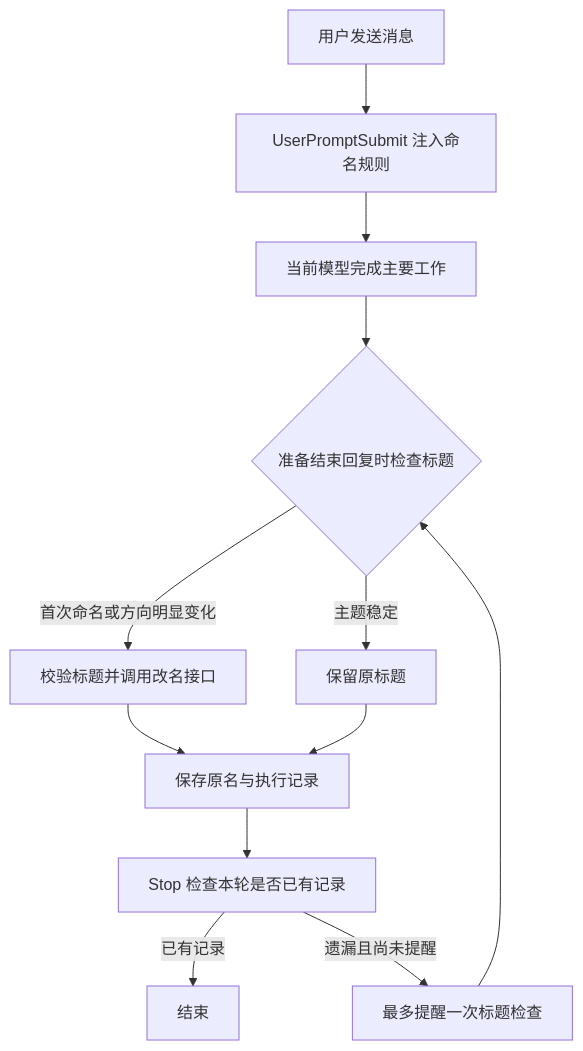
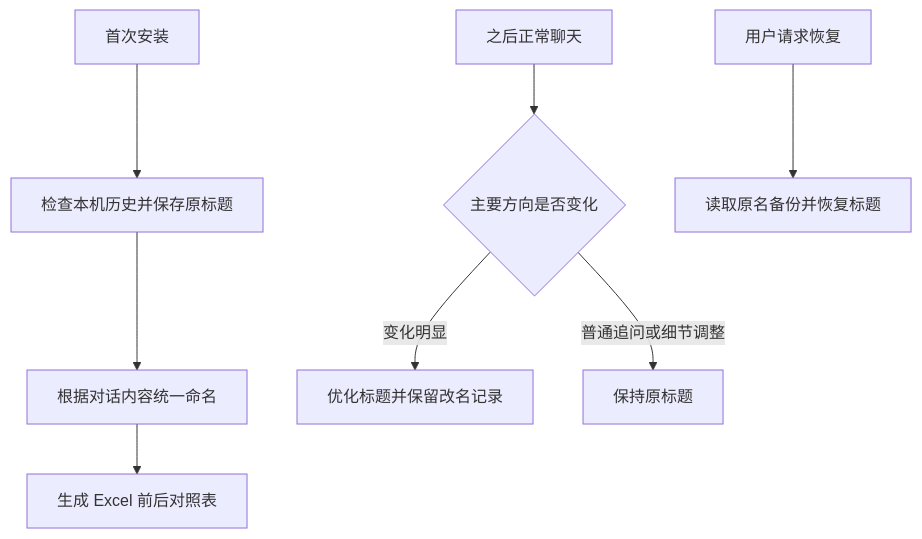
Before and after one commit to JASONWONG1124/Codex-Titles-Clean: the diagram in README.md, drawn with Mermaid. The commit also changed other lines of this file and 3 other files, not shown here.

````diff
--- a/README.md
+++ b/README.md
@@ -157,14 +138,10 @@
 ```mermaid
 flowchart TD
-    A[用户发送消息] --> B[UserPromptSubmit 注入命名规则]
-    B --> C[当前模型完成主要工作]
-    C --> D{准备结束回复时检查标题}
-    D -->|首次命名或方向明显变化| E[校验标题并调用改名接口]
-    D -->|主题稳定| F[保留原标题]
-    E --> G[保存原名与执行记录]
-    F --> G
-    G --> H[Stop 检查本轮是否已有记录]
-    H -->|已有记录| I[结束]
-    H -->|遗漏且尚未提醒| J[最多提醒一次标题检查]
-    J --> D
+    A[首次安装] --> B[检查本机历史并保存原标题]
+    B --> C[根据对话内容统一命名]
+    C --> D[生成 Excel 前后对照表]
+    E[之后正常聊天] --> F{主要方向是否变化}
+    F -->|变化明显| G[优化标题并保留改名记录]
+    F -->|普通追问或细节调整| H[保持原标题]
+    I[用户请求恢复] --> J[读取原名备份并恢复标题]
 ```
````
